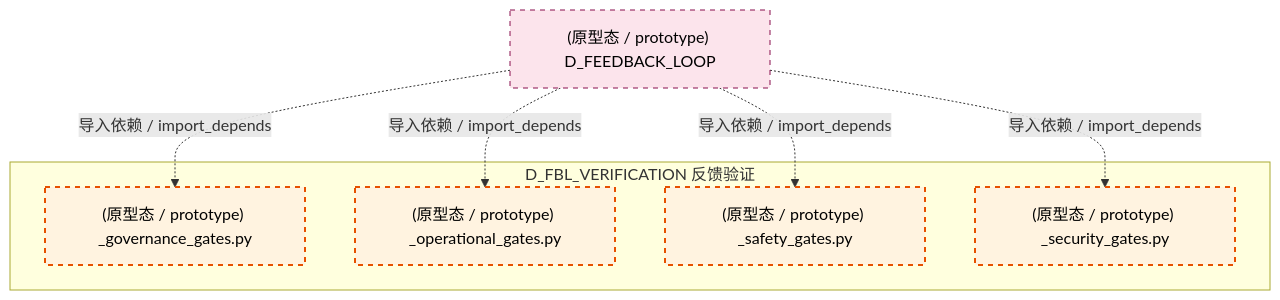
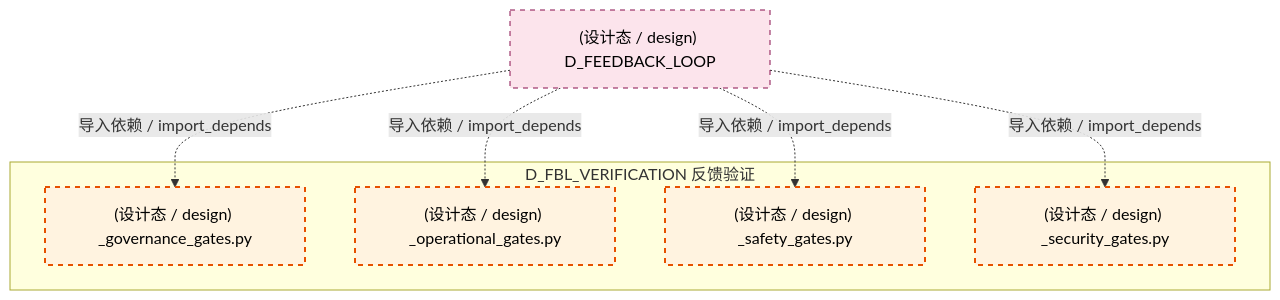
The fifth of 6 diagrams in docs/02_enterprise_architecture/02_domain_architecture_docs/13_d_fbl_verification.md (xuanFelixVan/ZephyrAlpha), drawn with Mermaid before and after one commit. The commit also changed other lines of this file and 177 other files, not shown here.

````diff
--- a/docs/02_enterprise_architecture/02_domain_architecture_docs/13_d_fbl_verification.md
+++ b/docs/02_enterprise_architecture/02_domain_architecture_docs/13_d_fbl_verification.md
@@ -415,20 +414,20 @@
 ```mermaid
 graph TD
     subgraph D_FBL_VERIFICATION["D_FBL_VERIFICATION 反馈验证"]
-        src_zephyr_feedback_loop_gates_governance_gates_py["(原型态 / prototype) _governance_gates.py"]
-        src_zephyr_feedback_loop_gates_operational_gates_py["(原型态 / prototype) _operational_gates.py"]
-        src_zephyr_feedback_loop_gates_safety_gates_py["(原型态 / prototype) _safety_gates.py"]
-        src_zephyr_feedback_loop_gates_security_gates_py["(原型态 / prototype) _security_gates.py"]
+        src_zephyr_feedback_loop_gates_governance_gates_py["(设计态 / design) _governance_gates.py"]
+        src_zephyr_feedback_loop_gates_operational_gates_py["(设计态 / design) _operational_gates.py"]
+        src_zephyr_feedback_loop_gates_safety_gates_py["(设计态 / design) _safety_gates.py"]
+        src_zephyr_feedback_loop_gates_security_gates_py["(设计态 / design) _security_gates.py"]
     end
-    D_FEEDBACK_LOOP["(原型态 / prototype) D_FEEDBACK_LOOP"]
+    D_FEEDBACK_LOOP["(设计态 / design) D_FEEDBACK_LOOP"]
     D_FEEDBACK_LOOP -.->|导入依赖 / import_depends| src_zephyr_feedback_loop_gates_safety_gates_py
     D_FEEDBACK_LOOP -.->|导入依赖 / import_depends| src_zephyr_feedback_loop_gates_security_gates_py
     D_FEEDBACK_LOOP -.->|导入依赖 / import_depends| src_zephyr_feedback_loop_gates_governance_gates_py
     D_FEEDBACK_LOOP -.->|导入依赖 / import_depends| src_zephyr_feedback_loop_gates_operational_gates_py
     classDef production fill:#e1f5fe,stroke:#01579b,stroke-width:2px,color:#000
     classDef design fill:#fff3e0,stroke:#e65100,stroke-width:2px,color:#000,stroke-dasharray: 5 5
     classDef external_prod fill:#e8f5e9,stroke:#1b5e20,stroke-width:1px,color:#000
     classDef external_design fill:#fce4ec,stroke:#880e4f,stroke-width:1px,color:#000,stroke-dasharray: 5 5
     class src_zephyr_feedback_loop_gates_governance_gates_py,src_zephyr_feedback_loop_gates_operational_gates_py,src_zephyr_feedback_loop_gates_safety_gates_py,src_zephyr_feedback_loop_gates_security_gates_py design
     class D_FEEDBACK_LOOP external_design
 ```
````
